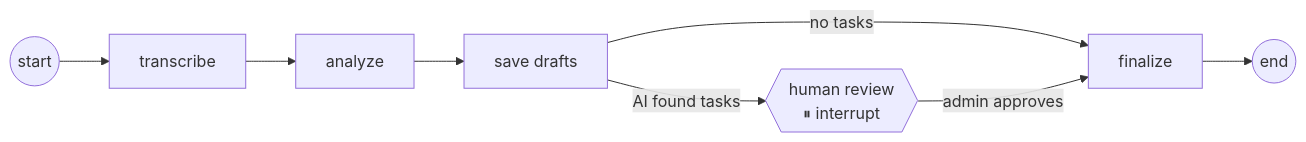
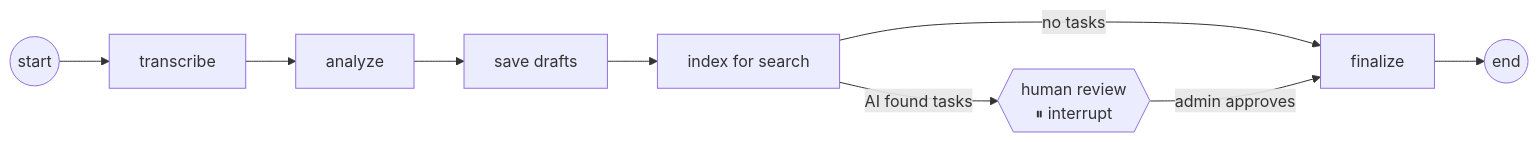
Before and after one commit to tawfeeqimtiyaz/MeetMind: the third of 5 diagrams in README.md, drawn with Mermaid. The commit also changed other lines of this file, not shown here.

````diff
--- a/README.md
+++ b/README.md
@@ -156,10 +201,11 @@
 ```mermaid
 flowchart LR
     S((start)) --> T[transcribe]
     T --> A[analyze]
     A --> D[save drafts]
-    D -->|AI found tasks| H{{human review<br/>⏸ interrupt}}
-    D -->|no tasks| F[finalize]
+    D --> I[index for search]
+    I -->|AI found tasks| H{{human review<br/>⏸ interrupt}}
+    I -->|no tasks| F[finalize]
     H -->|admin approves| F
     F --> E((end))
 ```
````
